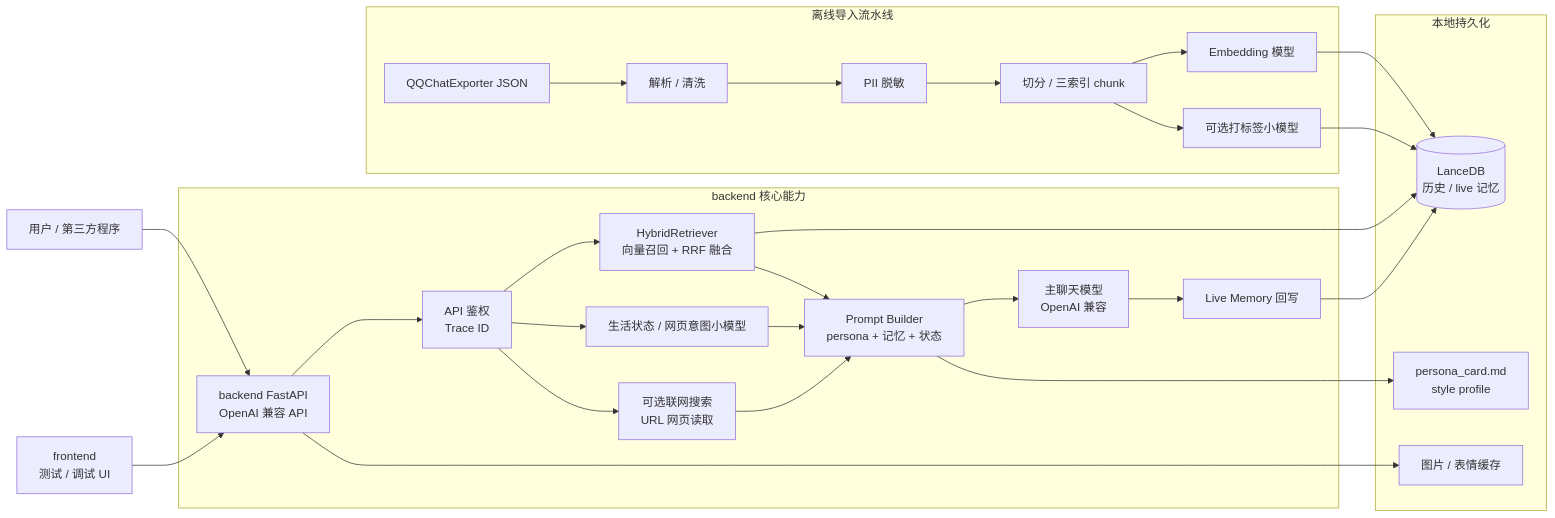
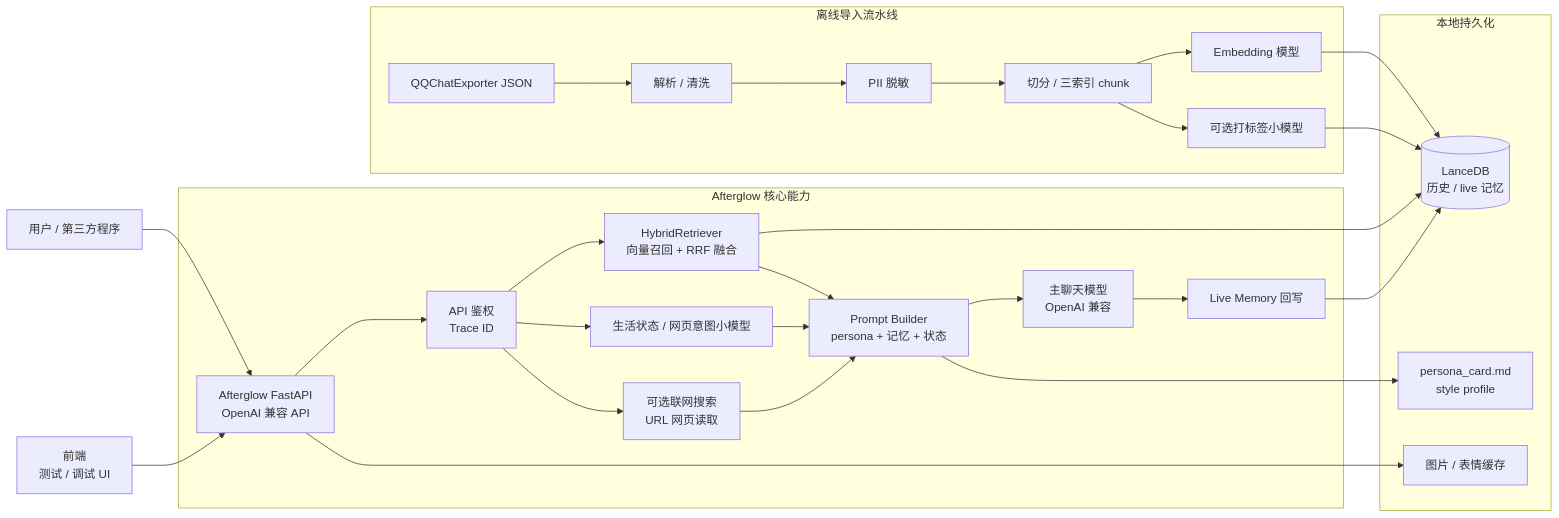
Before and after one commit to GuDong2003/Afterglow: the first of 2 diagrams in README.md, drawn with Mermaid. The commit also changed other lines of this file, not shown here.

````diff
--- a/README.md
+++ b/README.md
@@ -57,38 +57,38 @@
 ```mermaid
 flowchart LR
-  User["用户 / 第三方程序"] --> API["backend FastAPI<br/>OpenAI 兼容 API"]
-  Frontend["frontend<br/>测试 / 调试 UI"] --> API
+  User["用户 / 第三方程序"] --> API["Afterglow FastAPI<br/>OpenAI 兼容 API"]
+  前端["前端<br/>测试 / 调试 UI"] --> API
 
-  subgraph Backend["backend 核心能力"]
+  subgraph Afterglow["Afterglow 核心能力"]
     API --> Auth["API 鉴权<br/>Trace ID"]
     Auth --> Retrieve["HybridRetriever<br/>向量召回 + RRF 融合"]
     Auth --> Life["生活状态 / 网页意图小模型"]
     Auth --> Web["可选联网搜索<br/>URL 网页读取"]
     Retrieve --> Prompt["Prompt Builder<br/>persona + 记忆 + 状态"]
     Life --> Prompt
     Web --> Prompt
     Prompt --> ChatLLM["主聊天模型<br/>OpenAI 兼容"]
     ChatLLM --> Writeback["Live Memory 回写"]
   end
 
   subgraph Ingestion["离线导入流水线"]
     QQ["QQChatExporter JSON"] --> Parse["解析 / 清洗"]
     Parse --> Redact["PII 脱敏"]
     Redact --> Chunk["切分 / 三索引 chunk"]
     Chunk --> Embed["Embedding 模型"]
     Chunk --> Label["可选打标签小模型"]
   end
 
   subgraph Storage["本地持久化"]
     Lance[(LanceDB<br/>历史 / live 记忆)]
     Persona["persona_card.md<br/>style profile"]
     Assets["图片 / 表情缓存"]
   end
 
   Embed --> Lance
   Label --> Lance
   Retrieve --> Lance
   Prompt --> Persona
   Writeback --> Lance
   API --> Assets
 ```
````
